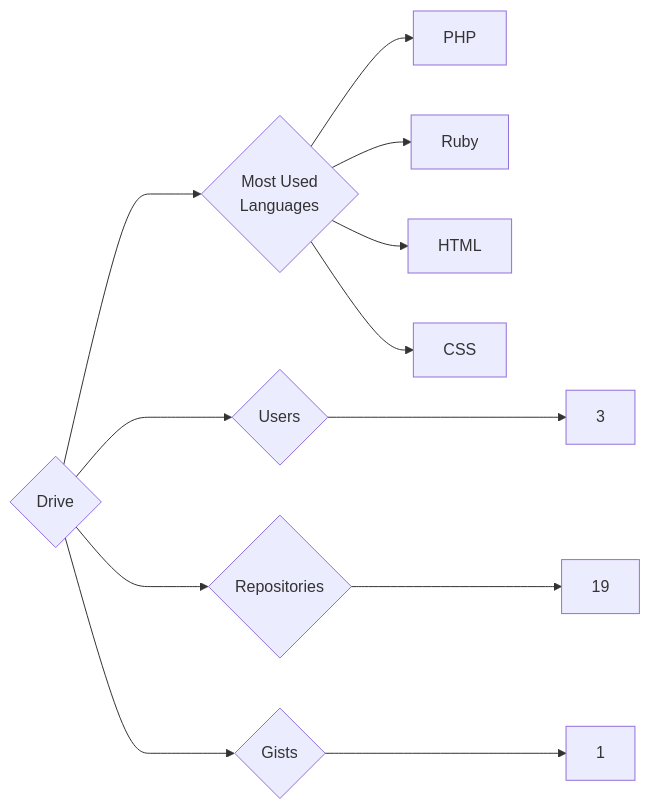
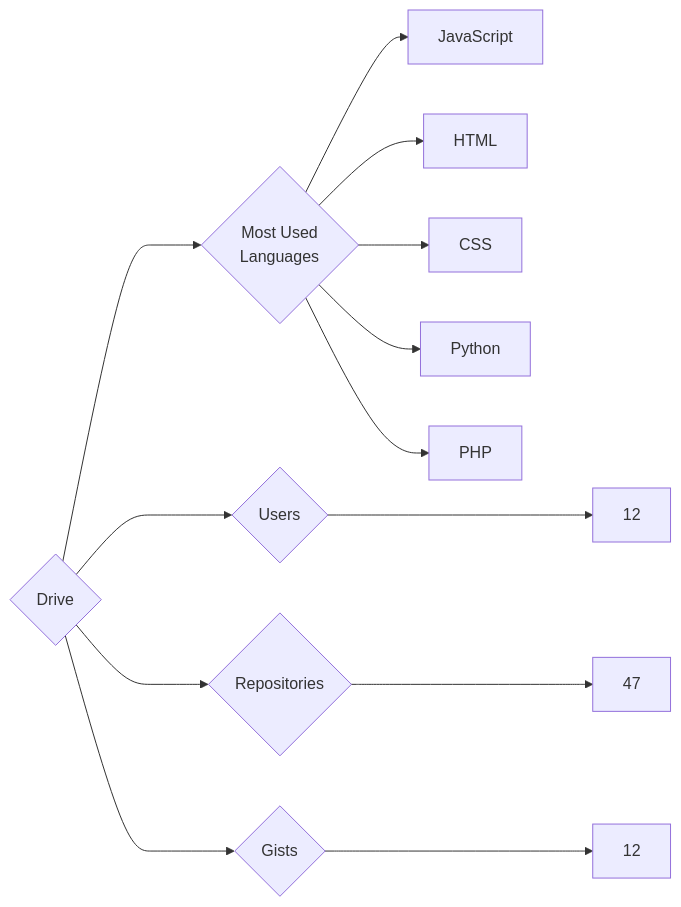
Before and after one commit to trickest/insiders: the diagram in targets/Drive/README.md, drawn with Mermaid. The commit also changed 837 other files, not shown here.

````diff
--- a/targets/Drive/README.md
+++ b/targets/Drive/README.md
@@ -3,12 +3,13 @@
 ```mermaid
 graph LR
 COMPANY_NAME{Drive}
-COMPANY_NAME ---> U{Users} ---> UN[3]
-COMPANY_NAME ---> R{Repositories} ---> RN[19]
-COMPANY_NAME ---> G{Gists} ---> GN[1]
+COMPANY_NAME ---> U{Users} ---> UN[12]
+COMPANY_NAME ---> R{Repositories} ---> RN[47]
+COMPANY_NAME ---> G{Gists} ---> GN[12]
 COMPANY_NAME ---> ML{Most Used<br>Languages}
-ML --> PHP[PHP]
-ML --> Ruby[Ruby]
+ML --> JavaScript[JavaScript]
 ML --> HTML[HTML]
 ML --> CSS[CSS]
+ML --> Python[Python]
+ML --> PHP[PHP]
 ```
````
